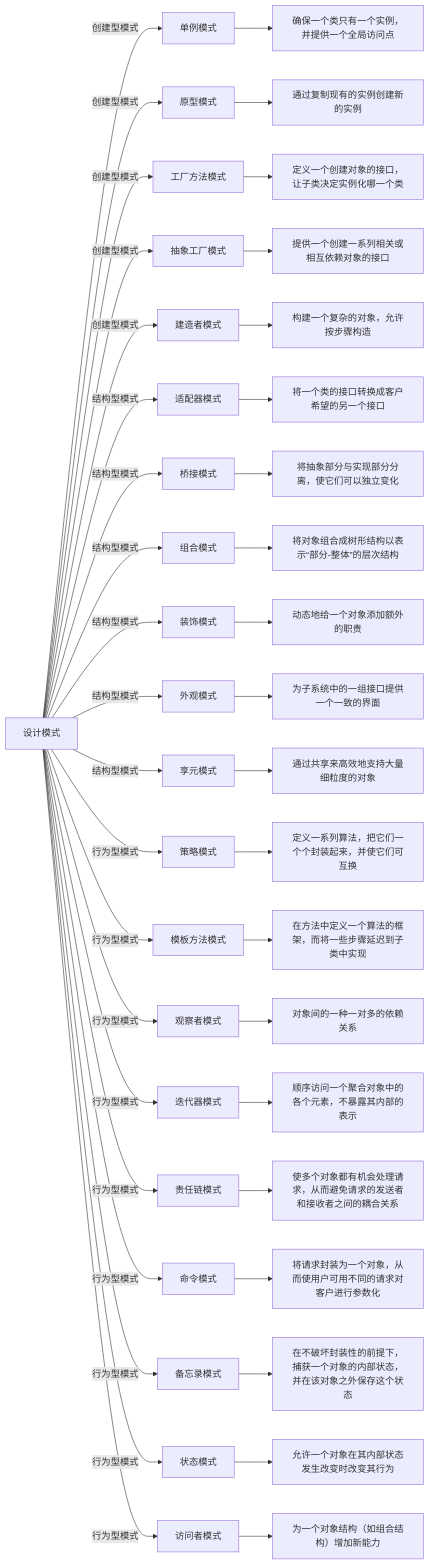
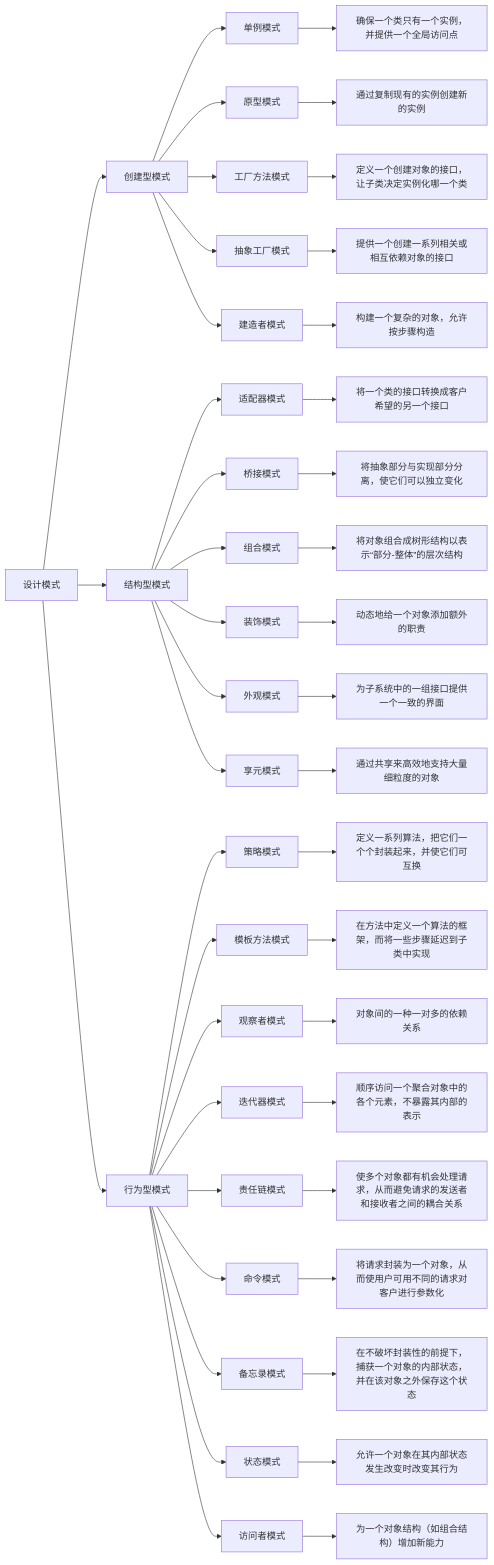
The diagram in DesignPatterns/overview.md (aiyinluya/blog), drawn with Mermaid before and after one commit. The commit also changed 2 other files, not shown here.

Commit message:
feat:支持mermaid

````diff
--- a/DesignPatterns/overview.md
+++ b/DesignPatterns/overview.md
@@ -59,44 +59,69 @@
 ```mermaid
 graph LR
-    A[设计模式] -->|创建型模式| B[单例模式]
-    B --> C[确保一个类只有一个实例，并提供一个全局访问点]
-    A -->|创建型模式| D[原型模式]
-    D --> E[通过复制现有的实例创建新的实例]
-    A -->|创建型模式| F[工厂方法模式]
-    F --> G[定义一个创建对象的接口，让子类决定实例化哪一个类]
-    A -->|创建型模式| H[抽象工厂模式]
-    H --> I[提供一个创建一系列相关或相互依赖对象的接口]
-    A -->|创建型模式| J[建造者模式]
-    J --> K[构建一个复杂的对象，允许按步骤构造]
-    A -->|结构型模式| L[适配器模式]
-    L --> M[将一个类的接口转换成客户希望的另一个接口]
-    A -->|结构型模式| N[桥接模式]
-    N --> O[将抽象部分与实现部分分离，使它们可以独立变化]
-    A -->|结构型模式| P[组合模式]
-    P --> Q[将对象组合成树形结构以表示“部分-整体”的层次结构]
-    A -->|结构型模式| R[装饰模式]
-    R --> S[动态地给一个对象添加额外的职责]
-    A -->|结构型模式| T[外观模式]
-    T --> U[为子系统中的一组接口提供一个一致的界面]
-    A -->|结构型模式| V[享元模式]
-    V --> W[通过共享来高效地支持大量细粒度的对象]
-    A -->|行为型模式| X[策略模式]
-    X --> Y[定义一系列算法，把它们一个个封装起来，并使它们可互换]
-    A -->|行为型模式| Z[模板方法模式]
-    Z --> AA[在方法中定义一个算法的框架，而将一些步骤延迟到子类中实现]
-    A -->|行为型模式| AB[观察者模式]
-    AB --> AC[对象间的一种一对多的依赖关系]
-    A -->|行为型模式| AD[迭代器模式]
-    AD --> AE[顺序访问一个聚合对象中的各个元素，不暴露其内部的表示]
-    A -->|行为型模式| AF[责任链模式]
-    AF --> AG[使多个对象都有机会处理请求，从而避免请求的发送者和接收者之间的耦合关系]
-    A -->|行为型模式| AH[命令模式]
-    AH --> AI[将请求封装为一个对象，从而使用户可用不同的请求对客户进行参数化]
-    A -->|行为型模式| AJ[备忘录模式]
-    AJ --> AK[在不破坏封装性的前提下，捕获一个对象的内部状态，并在该对象之外保存这个状态]
-    A -->|行为型模式| AL[状态模式]
-    AL --> AM[允许一个对象在其内部状态发生改变时改变其行为]
-    A -->|行为型模式| AN[访问者模式]
-    AN --> AO[为一个对象结构（如组合结构）增加新能力]
+    A[设计模式]
+    A --> B[创建型模式]
+    A --> C[结构型模式]
+    A --> D[行为型模式]
+    
+    B --> E[单例模式]
+    E --> F[确保一个类只有一个实例，并提供一个全局访问点]
+    
+    B --> G[原型模式]
+    G --> H[通过复制现有的实例创建新的实例]
+    
+    B --> I[工厂方法模式]
+    I --> J[定义一个创建对象的接口，让子类决定实例化哪一个类]
+    
+    B --> K[抽象工厂模式]
+    K --> L[提供一个创建一系列相关或相互依赖对象的接口]
+    
+    B --> M[建造者模式]
+    M --> N[构建一个复杂的对象，允许按步骤构造]
+    
+    C --> O[适配器模式]
+    O --> P[将一个类的接口转换成客户希望的另一个接口]
+    
+    C --> Q[桥接模式]
+    Q --> R[将抽象部分与实现部分分离，使它们可以独立变化]
+    
+    C --> S[组合模式]
+    S --> T[将对象组合成树形结构以表示“部分-整体”的层次结构]
+    
+    C --> U[装饰模式]
+    U --> V[动态地给一个对象添加额外的职责]
+    
+    C --> W[外观模式]
+    W --> X[为子系统中的一组接口提供一个一致的界面]
+    
+    C --> Y[享元模式]
+    Y --> Z[通过共享来高效地支持大量细粒度的对象]
+    
+    D --> AA[策略模式]
+    AA --> AB[定义一系列算法，把它们一个个封装起来，并使它们可互换]
+    
+    D --> AC[模板方法模式]
+    AC --> AD[在方法中定义一个算法的框架，而将一些步骤延迟到子类中实现]
+    
+    D --> AE[观察者模式]
+    AE --> AF[对象间的一种一对多的依赖关系]
+    
+    D --> AG[迭代器模式]
+    AG --> AH[顺序访问一个聚合对象中的各个元素，不暴露其内部的表示]
+    
+    D --> AI[责任链模式]
+    AI --> AJ[使多个对象都有机会处理请求，从而避免请求的发送者和接收者之间的耦合关系]
+    
+    D --> AK[命令模式]
+    AK --> AL[将请求封装为一个对象，从而使用户可用不同的请求对客户进行参数化]
+    
+    D --> AM[备忘录模式]
+    AM --> AN[在不破坏封装性的前提下，捕获一个对象的内部状态，并在该对象之外保存这个状态]
+    
+    D --> AO[状态模式]
+    AO --> AP[允许一个对象在其内部状态发生改变时改变其行为]
+    
+    D --> AQ[访问者模式]
+    AQ --> AR[为一个对象结构（如组合结构）增加新能力]
+
 
 ```
````
